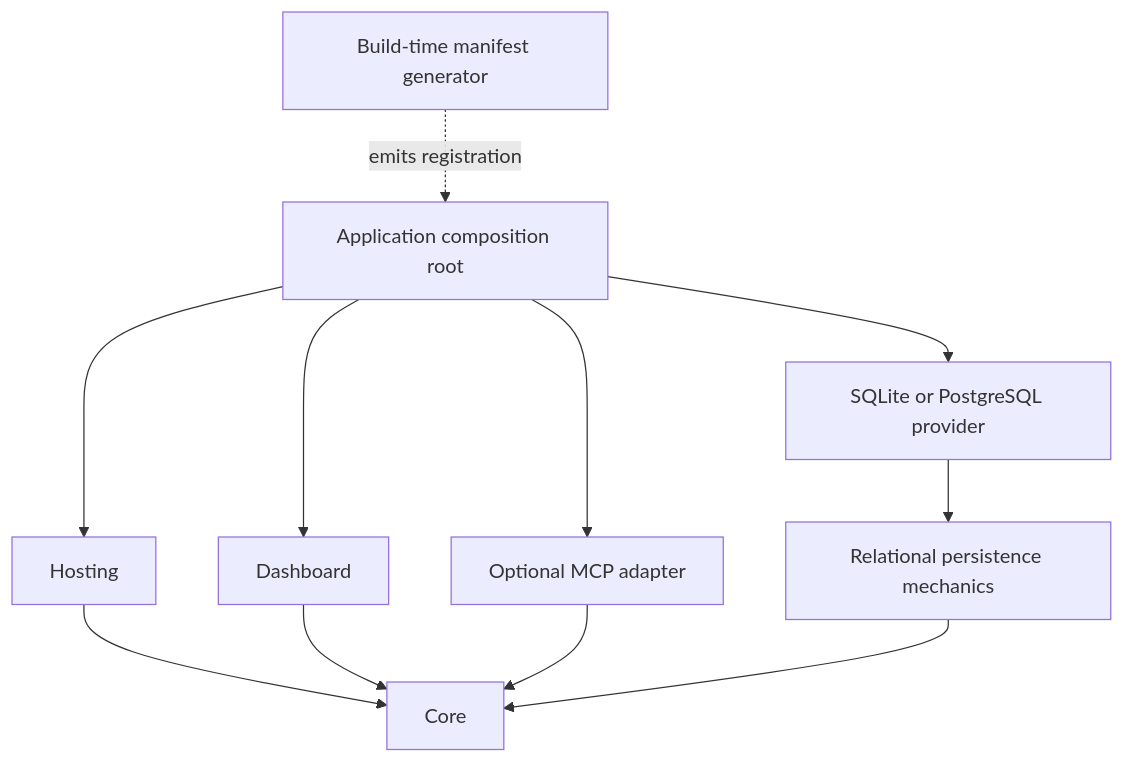
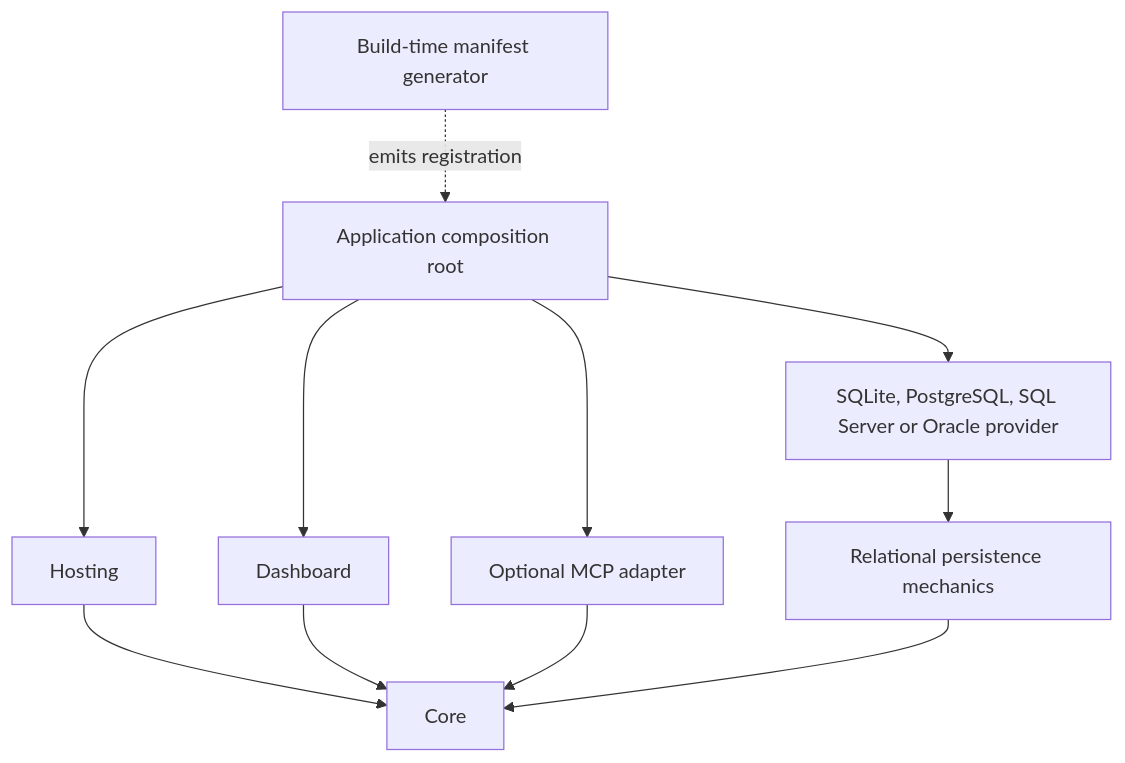
The diagram in docs/architecture.md (SDKexplorer/WorkThrough), drawn with Mermaid before and after one commit. The commit also changed other lines of this file and 12 other files, not shown here.

````diff
--- a/docs/architecture.md
+++ b/docs/architecture.md
@@ -7,13 +7,13 @@
 ```mermaid
 flowchart TD
     Sample[Application composition root] --> Hosting
     Sample --> Dashboard
     Sample --> Mcp[Optional MCP adapter]
-    Sample --> Provider[SQLite or PostgreSQL provider]
+    Sample --> Provider[SQLite, PostgreSQL, SQL Server or Oracle provider]
     Provider --> Relational[Relational persistence mechanics]
     Hosting --> Core
     Dashboard --> Core
     Mcp --> Core
     Relational --> Core
     Generator[Build-time manifest generator] -. emits registration .-> Sample
 ```
````
